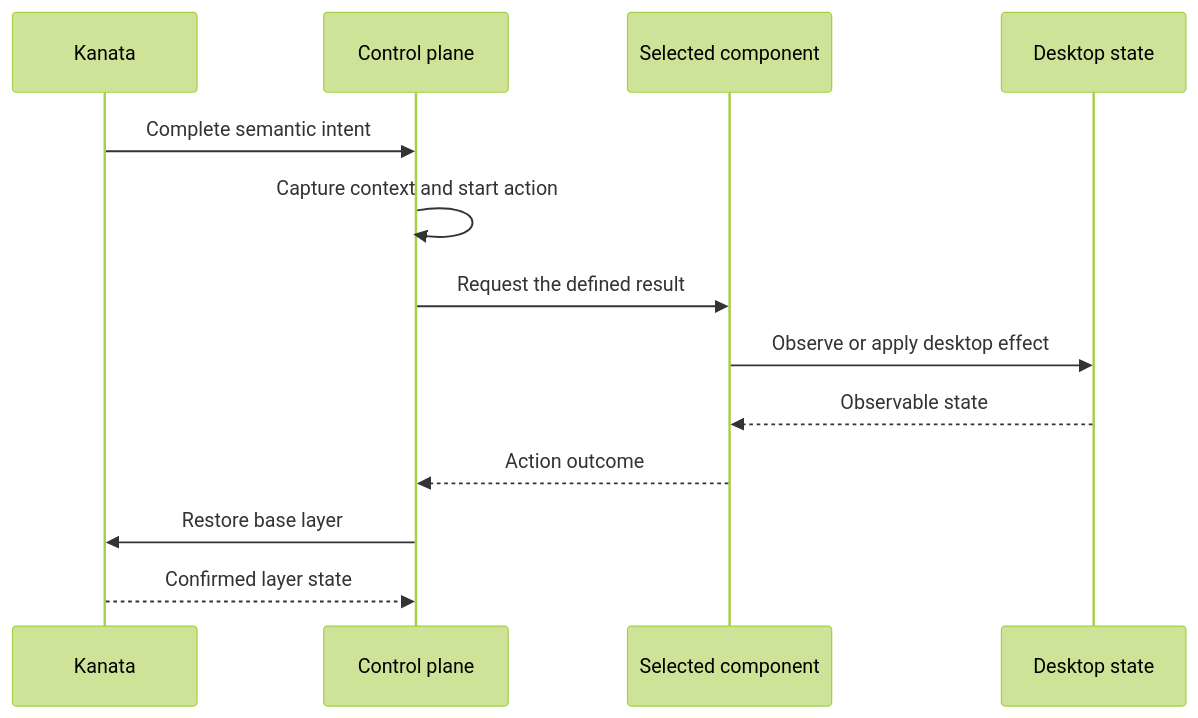
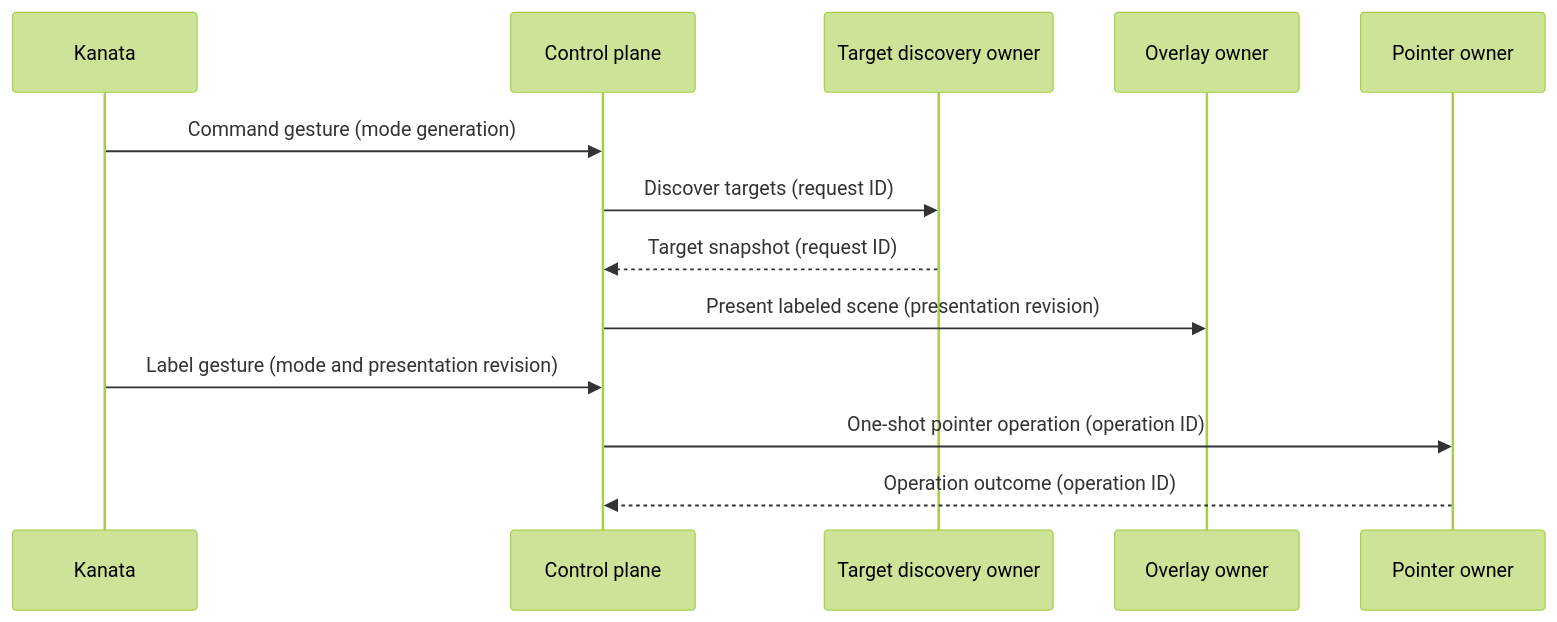
Before and after one commit to MattKotsenas/desknav: the diagram in ARCHITECTURE.md, drawn with Mermaid (forest theme). The commit also changed other lines of this file and 1 other file, not shown here.

Commit message:
Define control-plane boundary architecture

````diff
--- a/ARCHITECTURE.md
+++ b/ARCHITECTURE.md
@@ -94,16 +129,16 @@
 ```mermaid
 sequenceDiagram
     participant K as Kanata
     participant C as Control plane
-    participant S as Selected component
-    participant D as Desktop state
+    participant D as Target discovery owner
+    participant O as Overlay owner
+    participant P as Pointer owner
 
-    K->>C: Complete semantic intent
-    C->>C: Capture context and start action
-    C->>S: Request the defined result
-    S->>D: Observe or apply desktop effect
-    D-->>S: Observable state
-    S-->>C: Action outcome
-    C->>K: Restore base layer
-    K-->>C: Confirmed layer state
+    K->>C: Command gesture (mode generation)
+    C->>D: Discover targets (request ID)
+    D-->>C: Target snapshot (request ID)
+    C->>O: Present labeled scene (presentation revision)
+    K->>C: Label gesture (mode and presentation revision)
+    C->>P: One-shot pointer operation (operation ID)
+    P-->>C: Operation outcome (operation ID)
 ```
````
